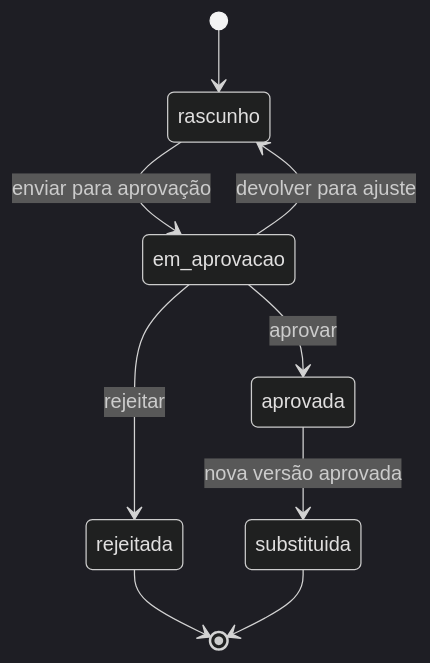
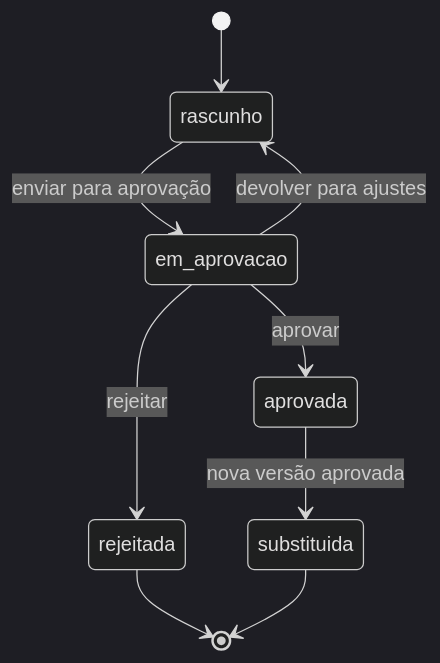
Before and after one commit to leorock7-sketch/crm-estrategico-es-em-acao: the diagram in docs/PLANO_ACAO.md, drawn with Mermaid (dark theme). The commit also changed other lines of this file and 8 other files, not shown here.

````diff
--- a/docs/PLANO_ACAO.md
+++ b/docs/PLANO_ACAO.md
@@ -27,11 +43,11 @@
 ```mermaid
 stateDiagram-v2
     [*] --> rascunho
     rascunho --> em_aprovacao : enviar para aprovação
     em_aprovacao --> aprovada : aprovar
     em_aprovacao --> rejeitada : rejeitar
-    em_aprovacao --> rascunho : devolver para ajuste
+    em_aprovacao --> rascunho : devolver para ajustes
     aprovada --> substituida : nova versão aprovada
     rejeitada --> [*]
     substituida --> [*]
 ```
````
